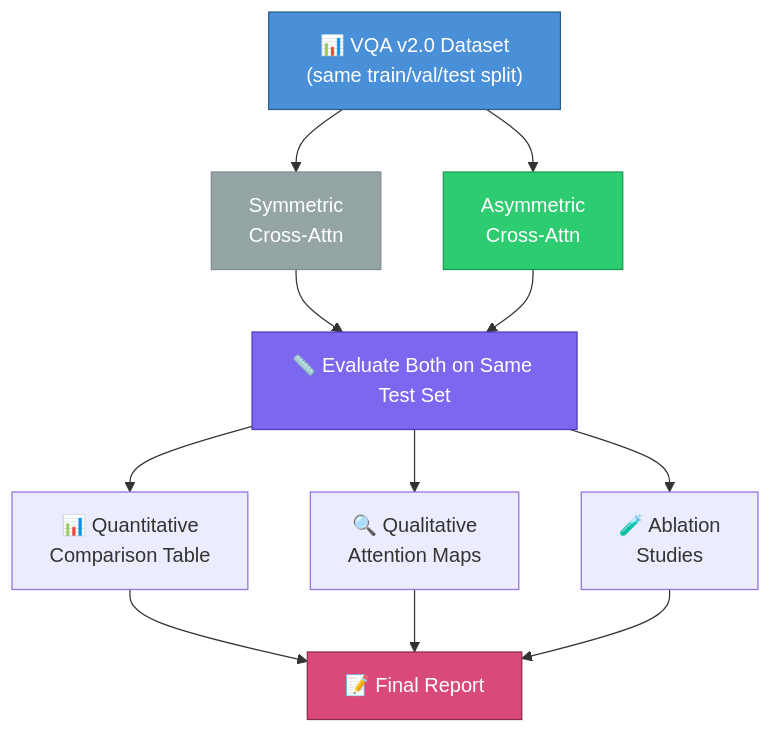
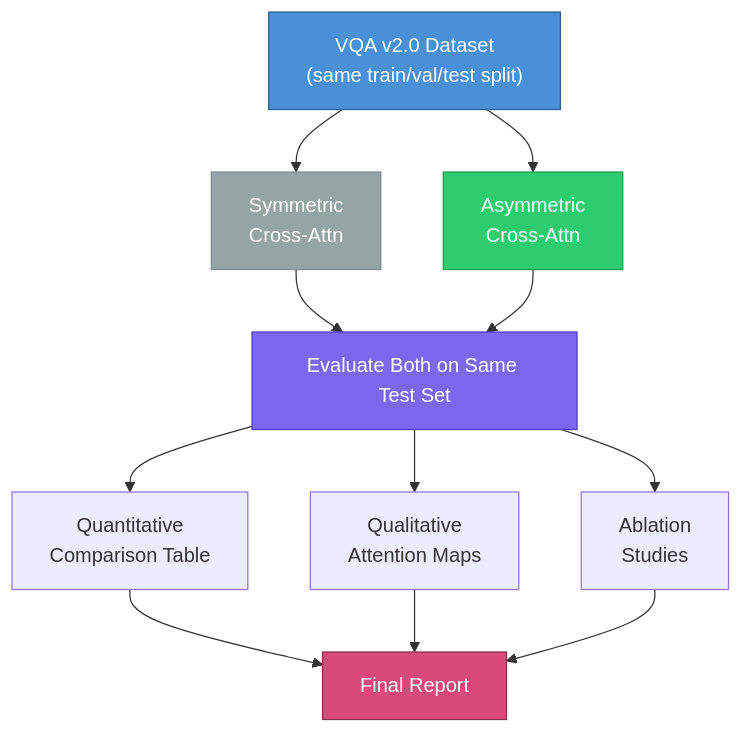
Before and after one commit to adikatre/Asymmetric-Cross-Modal-Attention: the seventh of 7 diagrams in README.md, drawn with Mermaid. The commit also changed other lines of this file, not shown here.

````diff
--- a/README.md
+++ b/README.md
@@ -614,24 +614,24 @@
 ```mermaid
 graph TD
-    DATA["📊 VQA v2.0 Dataset<br/>(same train/val/test split)"]
+    DATA["VQA v2.0 Dataset<br/>(same train/val/test split)"]
 
     DATA --> M1["Symmetric<br/>Cross-Attn"]
     DATA --> M2["Asymmetric<br/>Cross-Attn"]
 
-    M1 --> EVAL["📏 Evaluate Both on Same Test Set"]
+    M1 --> EVAL["Evaluate Both on Same Test Set"]
     M2 --> EVAL
 
-    EVAL --> QUANT["📊 Quantitative<br/>Comparison Table"]
-    EVAL --> QUAL["🔍 Qualitative<br/>Attention Maps"]
-    EVAL --> ABL["🧪 Ablation<br/>Studies"]
+    EVAL --> QUANT["Quantitative<br/>Comparison Table"]
+    EVAL --> QUAL["Qualitative<br/>Attention Maps"]
+    EVAL --> ABL["Ablation<br/>Studies"]
 
-    QUANT --> REPORT["📝 Final Report"]
+    QUANT --> REPORT["Final Report"]
     QUAL --> REPORT
     ABL --> REPORT
 
     style DATA fill:#4A90D9,stroke:#2C5F8A,color:#fff
     style M1 fill:#95A5A6,stroke:#7F8C8D,color:#fff
     style M2 fill:#2ECC71,stroke:#1A9B4E,color:#fff
     style EVAL fill:#7B68EE,stroke:#4B3BBE,color:#fff
     style REPORT fill:#D94A7A,stroke:#8A2C4F,color:#fff
 ```
````
